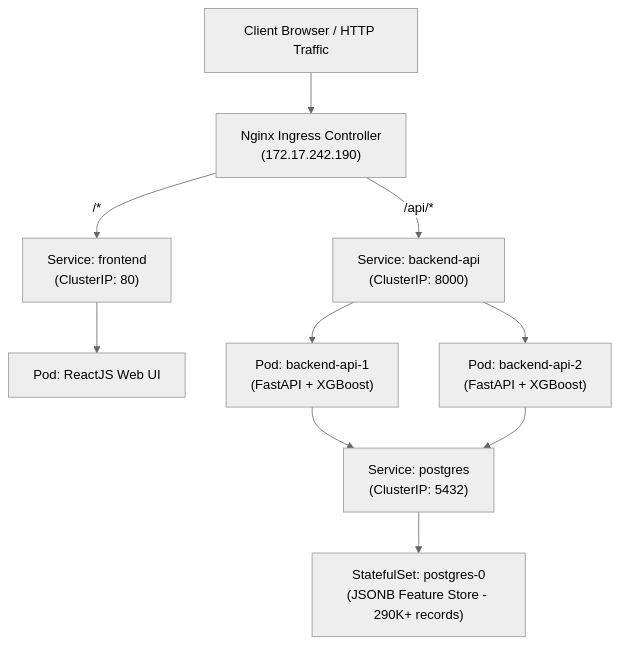
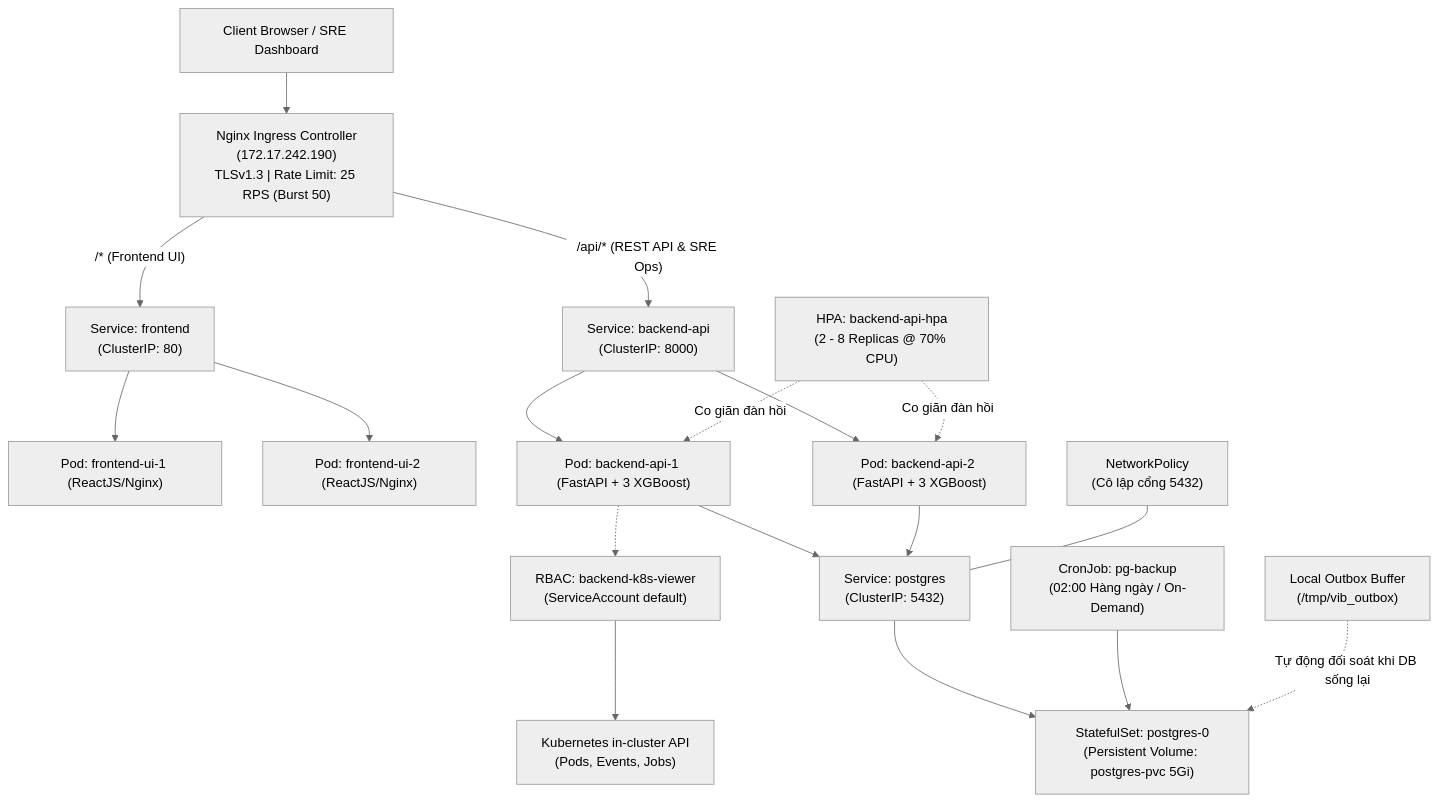
One commit to vuhahodo/VIB-SmartBanking-AI changed the diagram in k8s/README.md. Above: the diagram before and after it, drawn with Mermaid (neutral theme). The commit also changed other lines of this file and 51 other files, not shown here.

First line of the commit message:
feat(cloud): hoàn thiện đăng ký từ xa chịu lỗi thảm họa, dashboard quản trị SRE và cập nhật toàn bộ tài liệu hướng dẫn

````diff
--- a/k8s/README.md
+++ b/k8s/README.md
@@ -11,17 +11,28 @@
 ```mermaid
 graph TD
-    Client["Client Browser / HTTP Traffic"] --> Ingress["Nginx Ingress Controller<br/>(172.17.242.190)"]
+    Client["Client Browser / SRE Dashboard"] --> Ingress["Nginx Ingress Controller<br/>(172.17.242.190)<br/>TLSv1.3 | Rate Limit: 25 RPS (Burst 50)"]
 
-    Ingress -- "/api/*" --> SvcBackend["Service: backend-api<br/>(ClusterIP: 8000)"]
-    Ingress -- "/*" --> SvcFrontend["Service: frontend<br/>(ClusterIP: 80)"]
+    Ingress -- "/* (Frontend UI)" --> SvcFrontend["Service: frontend<br/>(ClusterIP: 80)"]
+    Ingress -- "/api/* (REST API & SRE Ops)" --> SvcBackend["Service: backend-api<br/>(ClusterIP: 8000)"]
 
-    SvcFrontend --> PodFrontend["Pod: ReactJS Web UI"]
+    SvcFrontend --> PodFrontend1["Pod: frontend-ui-1 (ReactJS/Nginx)"]
+    SvcFrontend --> PodFrontend2["Pod: frontend-ui-2 (ReactJS/Nginx)"]
 
-    SvcBackend --> PodBackend1["Pod: backend-api-1<br/>(FastAPI + XGBoost)"]
-    SvcBackend --> PodBackend2["Pod: backend-api-2<br/>(FastAPI + XGBoost)"]
+    SvcBackend --> PodBackend1["Pod: backend-api-1 (FastAPI + 3 XGBoost)"]
+    SvcBackend --> PodBackend2["Pod: backend-api-2 (FastAPI + 3 XGBoost)"]
+
+    HPA["HPA: backend-api-hpa<br/>(2 - 8 Replicas @ 70% CPU)"] -.->|Co giãn đàn hồi| PodBackend1
+    HPA -.->|Co giãn đàn hồi| PodBackend2
 
     PodBackend1 --> SvcDB["Service: postgres<br/>(ClusterIP: 5432)"]
     PodBackend2 --> SvcDB
 
-    SvcDB --> StatefulDB["StatefulSet: postgres-0<br/>(JSONB Feature Store - 290K+ records)"]
+    SvcDB --> StatefulDB["StatefulSet: postgres-0<br/>(Persistent Volume: postgres-pvc 5Gi)"]
+
+    NetPol["NetworkPolicy<br/>(Cô lập cổng 5432)"] --- SvcDB
+    BackupCron["CronJob: pg-backup<br/>(02:00 Hàng ngày / On-Demand)"] --> StatefulDB
+    OutboxBuffer["Local Outbox Buffer<br/>(/tmp/vib_outbox)"] -.->|Tự động đối soát khi DB sống lại| StatefulDB
+
+    RBAC["RBAC: backend-k8s-viewer<br/>(ServiceAccount default)"] --> K8sAPI["Kubernetes in-cluster API<br/>(Pods, Events, Jobs)"]
+    PodBackend1 -.-> RBAC
 ```
````
